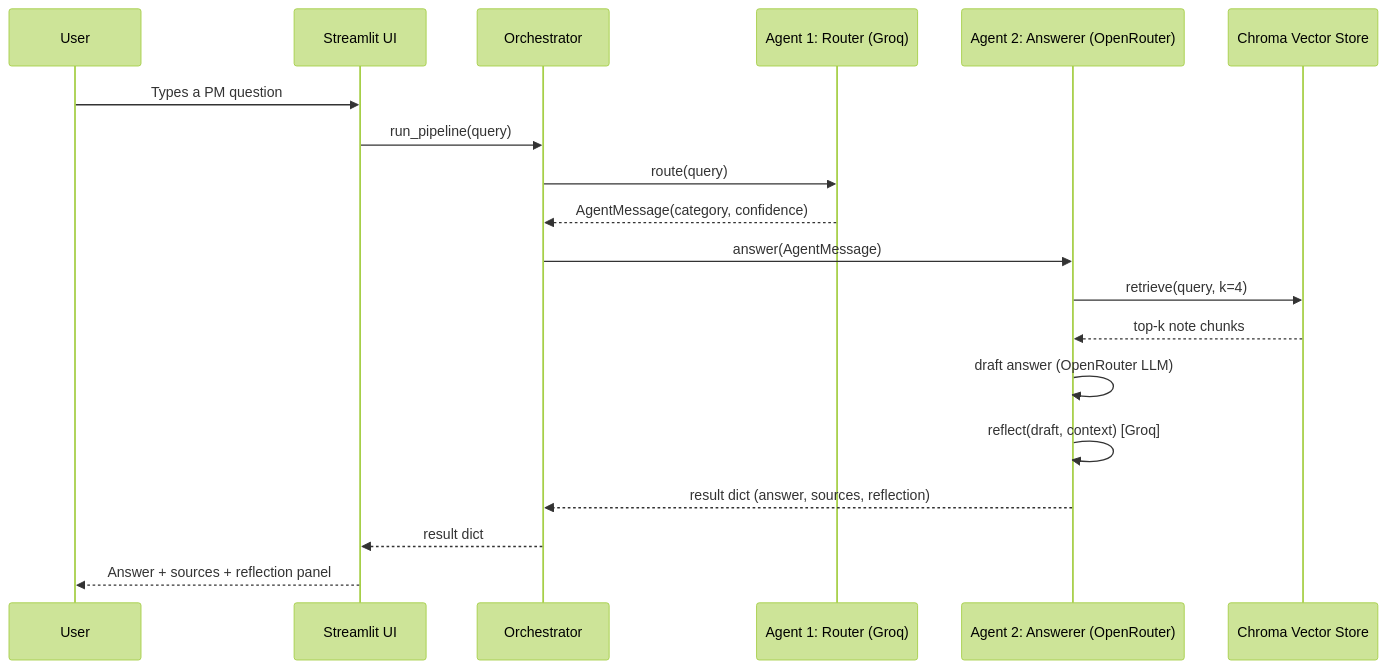
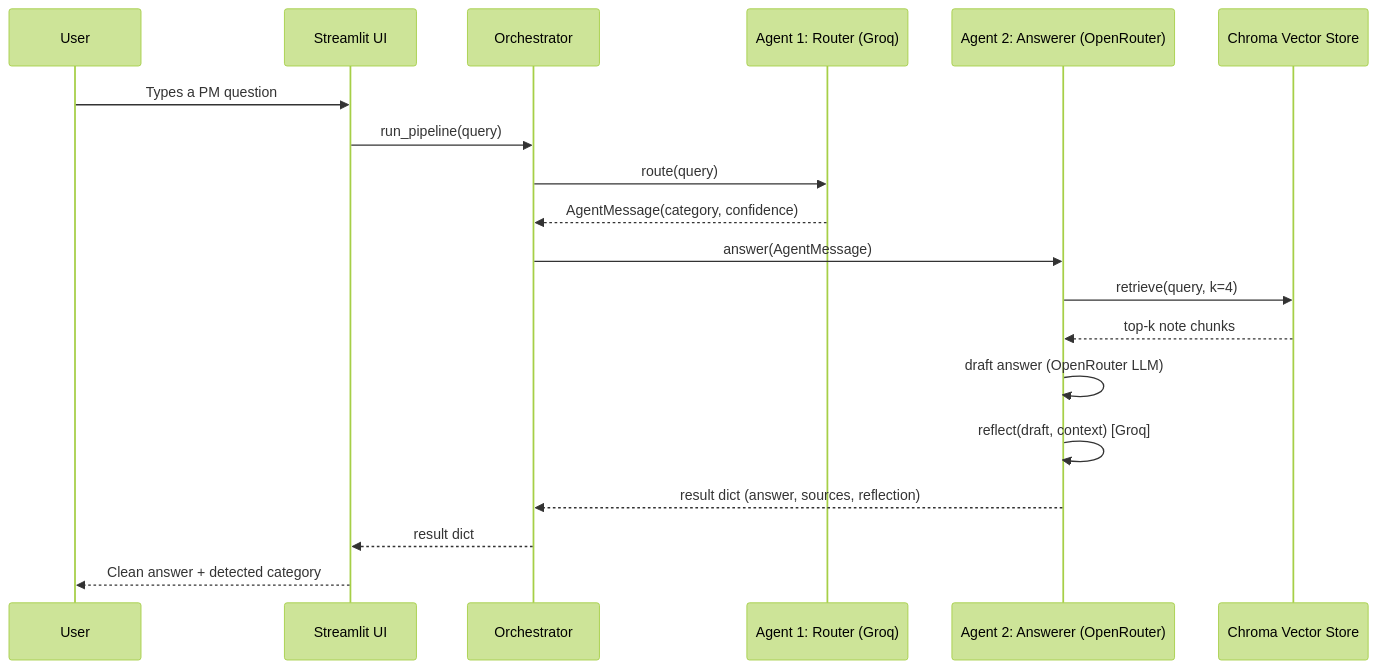
Before and after one commit to zzz2002zzz/Personal-study-assistant-: the second of 2 diagrams in README.md, drawn with Mermaid (forest theme). The commit also changed other lines of this file, not shown here.

````diff
--- a/README.md
+++ b/README.md
@@ -84,22 +84,22 @@
 ```mermaid
 sequenceDiagram
     participant U as User
     participant UI as Streamlit UI
     participant O as Orchestrator
     participant R as Agent 1: Router (Groq)
     participant A as Agent 2: Answerer (OpenRouter)
     participant V as Chroma Vector Store
 
     U->>UI: Types a PM question
     UI->>O: run_pipeline(query)
     O->>R: route(query)
     R-->>O: AgentMessage(category, confidence)
     O->>A: answer(AgentMessage)
     A->>V: retrieve(query, k=4)
     V-->>A: top-k note chunks
     A->>A: draft answer (OpenRouter LLM)
     A->>A: reflect(draft, context) [Groq]
     A-->>O: result dict (answer, sources, reflection)
     O-->>UI: result dict
-    UI-->>U: Answer + sources + reflection panel
+    UI-->>U: Clean answer + detected category
 ```
````
